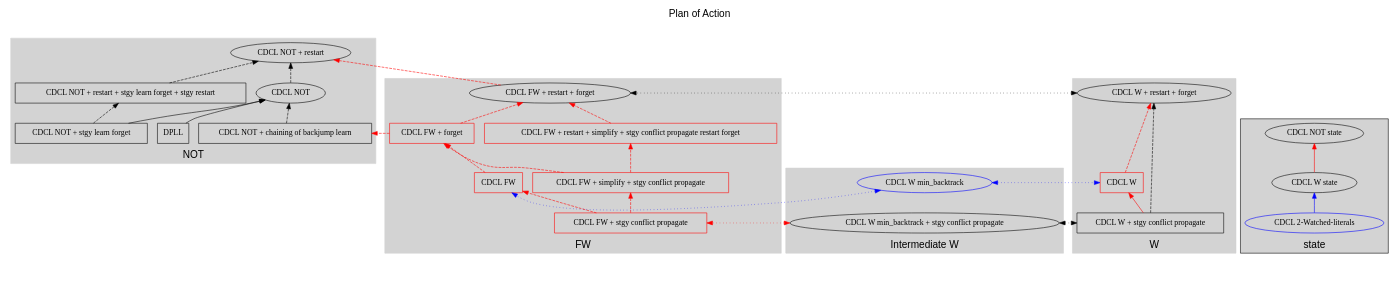
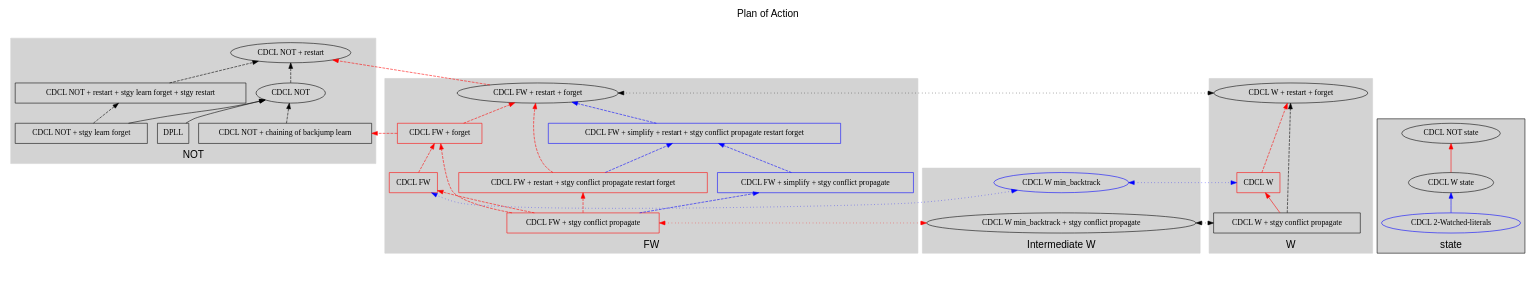
The diagram in Weidenbach_Book/CDCL.dot (IsaFoL/IsaFoL), drawn with Graphviz before and after one commit.

Commit message:
updating plan

```diff
--- a/Weidenbach_Book/CDCL.dot
+++ b/Weidenbach_Book/CDCL.dot
@@ -1,122 +1,125 @@
 //dot -o CDCL.pdf -Tpdf CDCL.dot
 Digraph CDCL {
 	rankdir=BT;
 	graph [label="Plan of Action\n\n", labelloc=t; labeljust=center, fontname=Helvetica, fontsize=18];
 	minlen=100;
 	
 	newrank=true;
 	
 	subgraph cluster_not {
 		label="NOT";
 		style=filled;
 		color=lightgrey;
   		CDCL_NOT_restart [label="CDCL NOT + restart"];
   		CDCL_NOT [label="CDCL NOT"];
   		CDCL_NOT_restart_stgy_learn_forget_restart[label="CDCL NOT + restart + stgy learn forget + stgy restart", shape=box];
   		CDCL_NOT_chaining [label="CDCL NOT + chaining of backjump learn", shape=box];
   		DPLL [label="DPLL", shape=box];
 		CDCL_NOT_stgy_learn_forget [label="CDCL NOT + stgy learn forget", shape=box];
 				
 		
 	}
 
 	CDCL_NOT_stgy_learn_forget -> CDCL_NOT;
 	CDCL_NOT -> CDCL_NOT_restart [style=dashed];
 	CDCL_NOT_stgy_learn_forget -> CDCL_NOT_restart_stgy_learn_forget_restart [style=dashed];
 	CDCL_NOT_restart_stgy_learn_forget_restart -> CDCL_NOT_restart [style=dashed];
 	DPLL -> CDCL_NOT;
 
 	CDCL_NOT_chaining -> CDCL_NOT [style=dashed];
 	subgraph cluster_phantom{
 	  style = invis;
 	  
-  	subgraph cluster_w_fw {
-  		label="Intermediate W";
-  		style=filled;
-  		color=lightgrey;
-  		CDCL_W_min_backtrack [label="CDCL W min_backtrack", color=blue];
-  		CDCL_W_min_backtrack_stgy_conflict_propagate [label="CDCL W min_backtrack + stgy conflict propagate"];
-  	}
-  	subgraph cluster_fw {
-  		style=filled;
-  		color=lightgrey;
-  		label="FW";
-  		CDCL_FW [label="CDCL FW", color=red, shape=box];
-  		CDCL_FW_forget [label="CDCL FW + forget", color=red, shape=box];
-		
-  		CDCL_FW_stgy_conflict_propagate_simplify_restart [label="CDCL FW + restart + simplify + stgy conflict propagate restart forget", color=red, shape=box];
-  		CDCL_FW_simplify_stgy_conflict_propagate [label="CDCL FW + simplify + stgy conflict propagate", color=red, shape=box];
-  		CDCL_FW_stgy_conflict_propagate [label="CDCL FW + stgy conflict propagate", color=red, shape=box];
-  		CDCL_FW_forget_restart [label="CDCL FW + restart + forget"];
-  	}
+  	  subgraph cluster_w_fw {
+  		  label="Intermediate W";
+  		  style=filled;
+  		  color=lightgrey;
+  		  CDCL_W_min_backtrack [label="CDCL W min_backtrack", color=blue];
+  		  CDCL_W_min_backtrack_stgy_conflict_propagate [label="CDCL W min_backtrack + stgy conflict propagate"];
+  	  }
+  	  subgraph cluster_fw {
+  		  style=filled;
+  		  color=lightgrey;
+  		  label="FW";
+  		  CDCL_FW [label="CDCL FW", color=red, shape=box];
+  		  CDCL_FW_forget [label="CDCL FW + forget", color=red, shape=box];
+  		  CDCL_FW_stgy_conflict_propagate_restart [label="CDCL FW + restart + stgy conflict propagate restart forget", color=red, shape=box];
+		  CDCL_FW_simplify_stgy_conflict_propagate_restart [label="CDCL FW + simplify + restart + stgy conflict propagate restart forget", color=blue, shape=box];
+  		  CDCL_FW_stgy_conflict_propagate [label="CDCL FW + stgy conflict propagate", color=red, shape=box];
+  		  CDCL_FW_simplify_stgy_conflict_propagate [label="CDCL FW + simplify + stgy conflict propagate", color=blue, shape=box];
+  		  CDCL_FW_forget_restart [label="CDCL FW + restart + forget"];
+	  }
 	}
-	CDCL_FW_stgy_conflict_propagate_simplify_restart -> CDCL_FW_forget_restart [style=dashed, color=red];
+	CDCL_FW_stgy_conflict_propagate_restart -> CDCL_FW_forget_restart [style=dashed, color=red];
 	CDCL_FW_forget -> CDCL_NOT_chaining [style=dashed, color=red];
 	CDCL_FW_forget -> CDCL_FW_forget_restart [style=dashed, color=red];
 	CDCL_FW_forget_restart -> CDCL_NOT_restart [style=dashed, color=red];
 	CDCL_FW -> CDCL_FW_forget [style=dashed, color=red];
 	CDCL_FW_stgy_conflict_propagate ->  CDCL_FW[style=dashed, color=red];
-	CDCL_FW_stgy_conflict_propagate -> CDCL_FW_simplify_stgy_conflict_propagate[style=dashed, color=red];
-	CDCL_FW_simplify_stgy_conflict_propagate -> CDCL_FW_stgy_conflict_propagate_simplify_restart[style=dashed, color=red];
+	CDCL_FW_stgy_conflict_propagate -> CDCL_FW_stgy_conflict_propagate_restart[style=dashed, color=red];
 
+	CDCL_FW_stgy_conflict_propagate -> CDCL_FW_simplify_stgy_conflict_propagate[style=dashed, color=blue];
+	CDCL_FW_stgy_conflict_propagate_restart -> CDCL_FW_simplify_stgy_conflict_propagate_restart[style=dashed, color=blue];
+	CDCL_FW_simplify_stgy_conflict_propagate -> CDCL_FW_simplify_stgy_conflict_propagate_restart[style=dashed, color=blue];
+	CDCL_FW_simplify_stgy_conflict_propagate_restart -> CDCL_FW_forget_restart[style=dashed, color=blue];
 
 	subgraph cluster_w {
 		label="W";
 		style=filled;
 		color=lightgrey;
 		CDCL_W [label="CDCL W", color=red, shape=box];
 		CDCL_W_forget_restart [label="CDCL W + restart + forget"];
 		CDCL_W_stgy_conflict_propagate [label="CDCL W + stgy conflict propagate", shape=box];
 	}
 	CDCL_W -> CDCL_W_forget_restart[color=red, style=dashed];
 	CDCL_W_stgy_conflict_propagate -> CDCL_W_forget_restart[style=dashed];
 	CDCL_W_stgy_conflict_propagate -> CDCL_W[color=red];
 	CDCL_W_forget_restart -> CDCL_FW_forget_restart[style=dotted, dir="both"];
 
 	CDCL_W_min_backtrack -> CDCL_FW[style=dotted, dir="both", color=blue];
 	CDCL_W_min_backtrack -> CDCL_W[style=dotted, dir="both", color=blue];
 
 	CDCL_W_min_backtrack_stgy_conflict_propagate -> CDCL_W_stgy_conflict_propagate[style=dotted, dir="both"];
 	CDCL_W_min_backtrack_stgy_conflict_propagate -> CDCL_FW_stgy_conflict_propagate[style=dotted, dir="both", color=red];
-	CDCL_FW_simplify_stgy_conflict_propagate -> CDCL_FW_forget[style=dashed, color = red];
+	CDCL_FW_stgy_conflict_propagate -> CDCL_FW_forget[style=dashed, color = red];
 	
 
 	subgraph cluster_state {
 		label="state";
 		style=filled;
 		CDCL_NOT_state [label="CDCL NOT state"];
 		CDCL_W_state [label="CDCL W state"];
 		CDCL_WL [label="CDCL 2-Watched-literals", color=blue];
 	}
 
 	CDCL_W_state -> CDCL_NOT_state[color=red];
 	CDCL_WL -> CDCL_W_state[color=blue];
 	
 	{rank=same;
 		CDCL_W
 		//CDCL_NOT
 		CDCL_W_min_backtrack
 		CDCL_FW
 		
 		};
 
 	{rank=same;
 		CDCL_W_forget_restart;
 		CDCL_FW_forget_restart;
 		
 	}
 
 	{rank=sink
 		CDCL_W_min_backtrack_stgy_conflict_propagate
 		CDCL_W_stgy_conflict_propagate
 		CDCL_FW_stgy_conflict_propagate
 	}
 	
 	{rank=same
 		CDCL_NOT_chaining
 		CDCL_FW_forget
 		DPLL
 		CDCL_NOT_stgy_learn_forget
 		//CDCL_FW
 	}
 }
```
